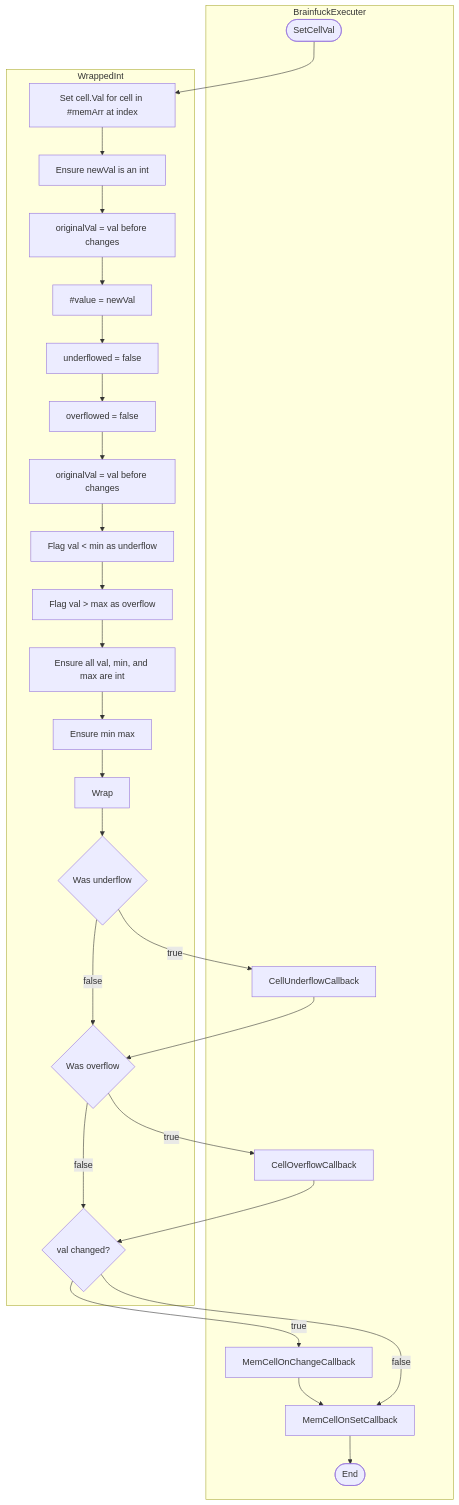
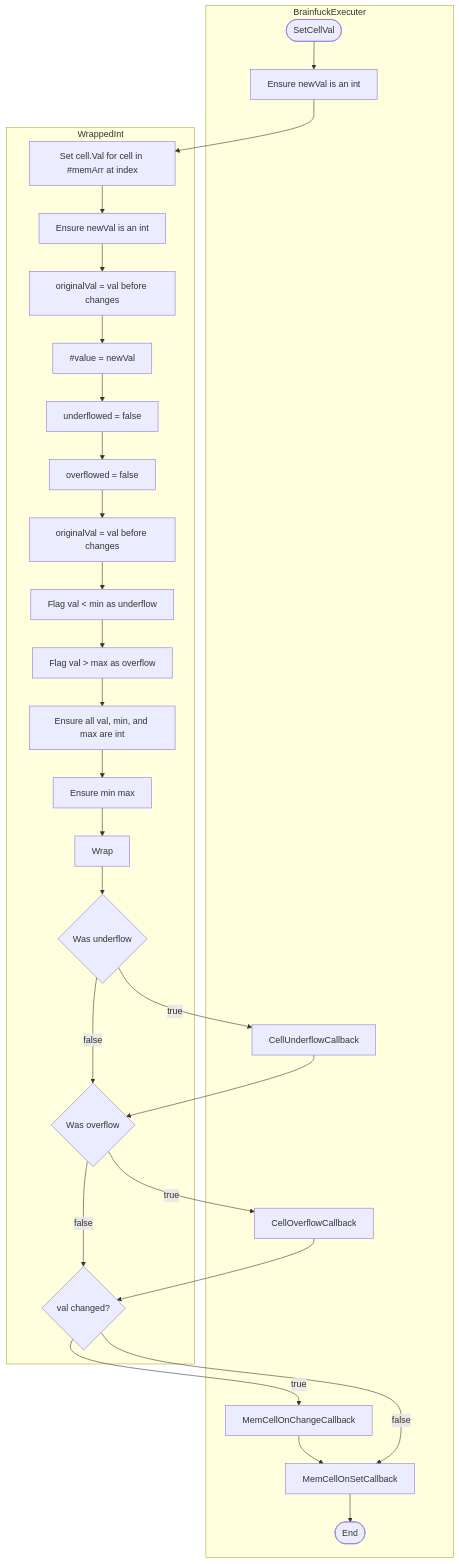
Diagram 33 of 43 in Classes_Info/BrainfuckExecuter.md (BCS21090011/BrainFucker), drawn with Mermaid before and after one commit. The commit also changed other lines of this file and 1 other file, not shown here.

Commit message:
Added SetAllCellVal, AllCellVal, and EnsureInt in SetCellVal

```diff
--- a/Classes_Info/BrainfuckExecuter.md
+++ b/Classes_Info/BrainfuckExecuter.md
@@ -1278,6 +1372,7 @@
 
 subgraph BrainfuckExecuter
     Start([SetCellVal])
+    BFEnsureInt[Ensure newVal is an int]
     CellUnderflowCallback
     CellOverflowCallback
     MemCellOnChangeCallback
@@ -1304,6 +1399,8 @@
 end
 
 Start
+-->
+BFEnsureInt
 -->
 SetVal
 -->
```
